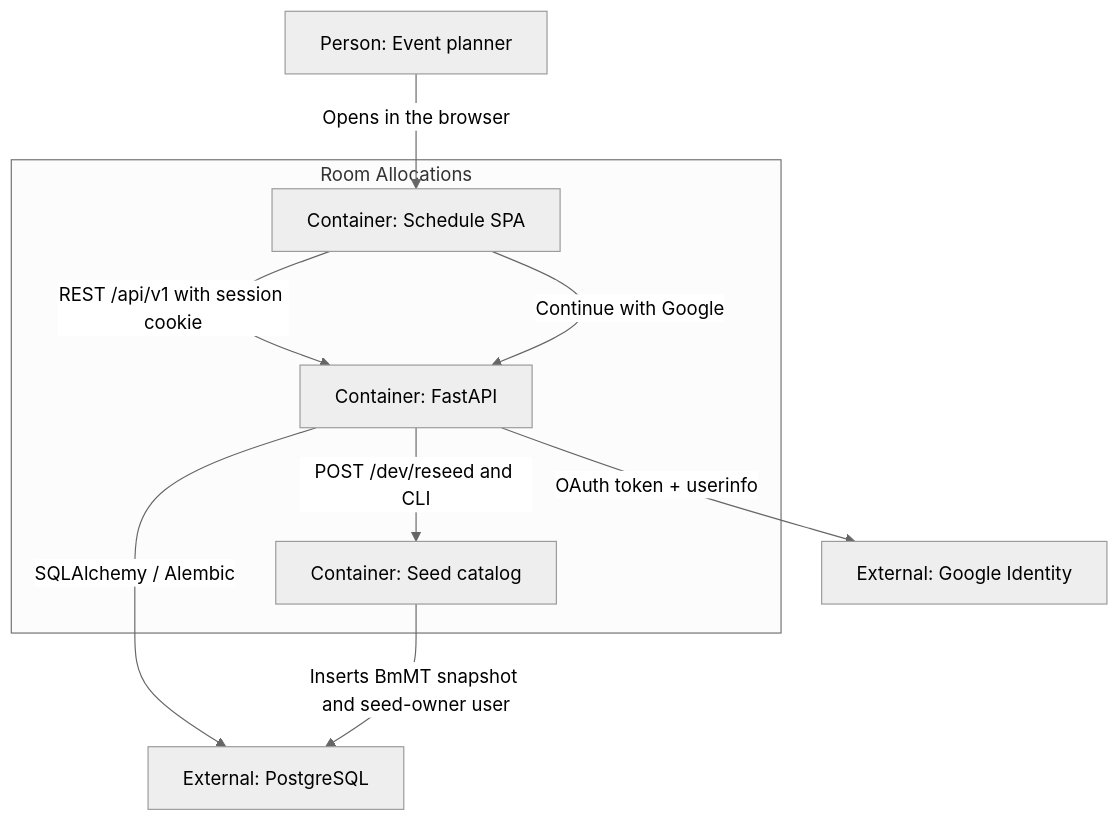
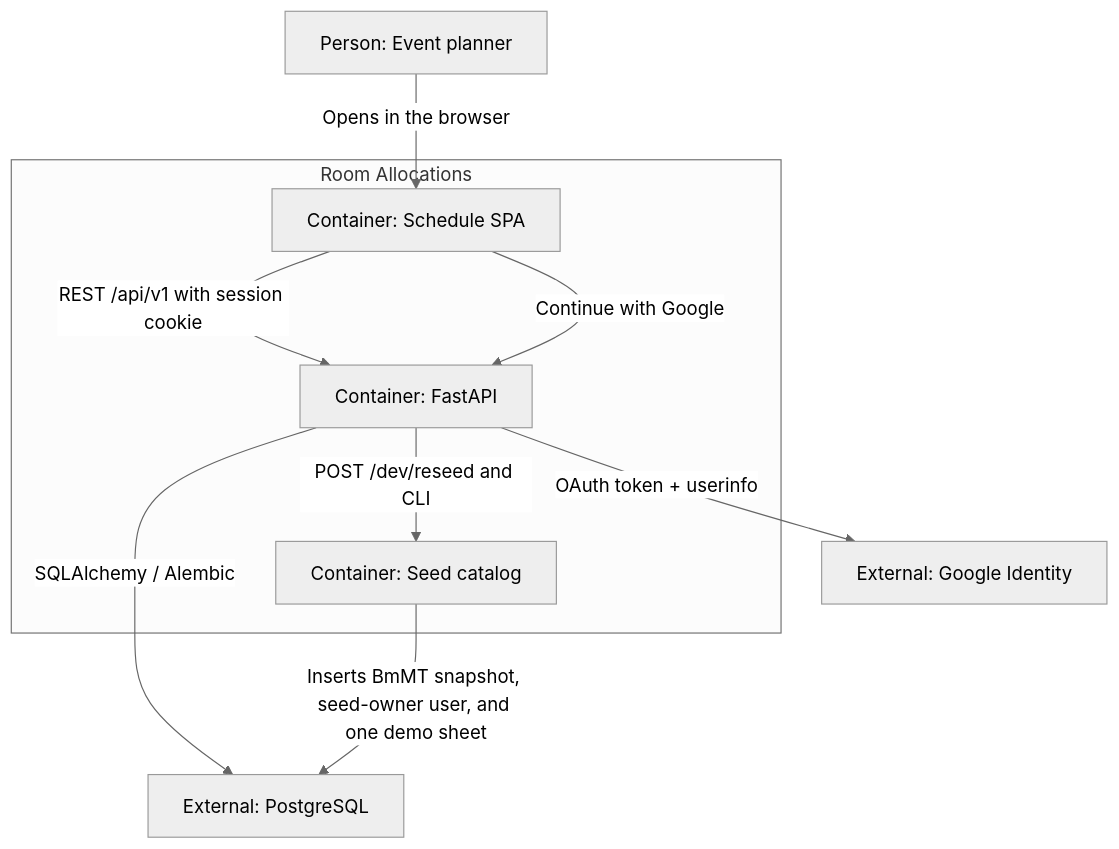
The diagram in docs/c4/container.md (tri2k/room-allocations-demo), drawn with Mermaid before and after one commit. The commit also changed other lines of this file and 33 other files, not shown here.

````diff
--- a/docs/c4/container.md
+++ b/docs/c4/container.md
@@ -5,19 +5,19 @@
 ```mermaid
 %%{init: {"theme": "neutral"}}%%
 flowchart TB
   planner["Person: Event planner"]
   subgraph product [Room Allocations]
     spa["Container: Schedule SPA"]
     api["Container: FastAPI"]
     seed["Container: Seed catalog"]
   end
   google["External: Google Identity"]
   postgres["External: PostgreSQL"]
   planner -->|"Opens in the browser"| spa
   spa -->|"REST /api/v1 with session cookie"| api
   spa -->|"Continue with Google"| api
   api -->|"OAuth token + userinfo"| google
   api -->|"SQLAlchemy / Alembic"| postgres
   api -->|"POST /dev/reseed and CLI"| seed
-  seed -->|"Inserts BmMT snapshot and seed-owner user"| postgres
+  seed -->|"Inserts BmMT snapshot, seed-owner user, and one demo sheet"| postgres
 ```
````
